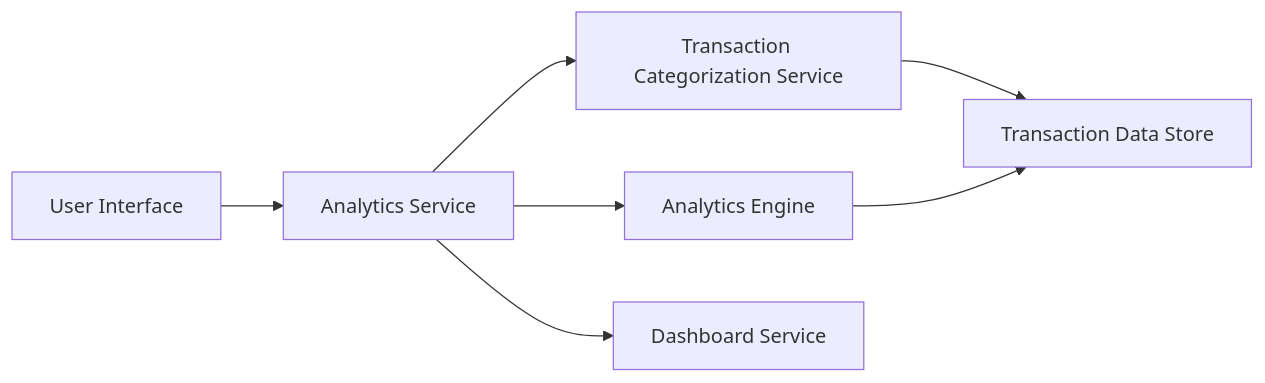
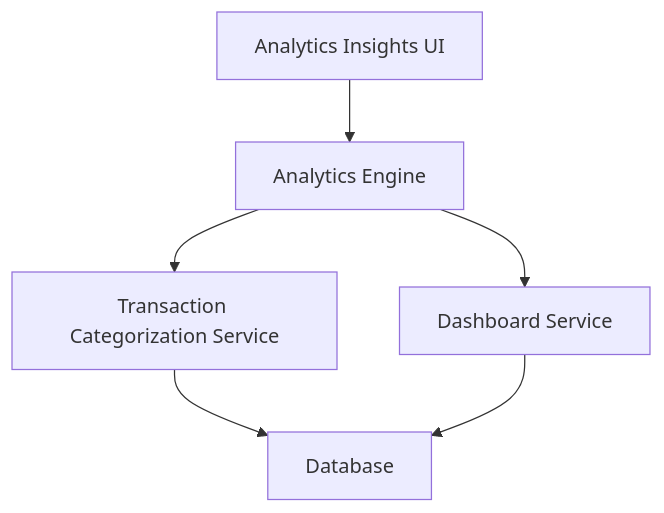
Before and after one commit to AAVA-Demo/APB_Demo: the diagram in HLD/QE-8580_HLD.md, drawn with Mermaid. The commit also changed other lines of this file and 5 other files, not shown here.

````diff
--- a/HLD/QE-8580_HLD.md
+++ b/HLD/QE-8580_HLD.md
@@ -7,15 +7,13 @@
 ```mermaid
-flowchart LR
-    A["User Interface"]
-    B["Analytics Service"]
+flowchart TD
+    A["Analytics Insights UI"]
+    B["Analytics Engine"]
     C["Transaction Categorization Service"]
-    D["Analytics Engine"]
-    E["Dashboard Service"]
-    F["Transaction Data Store"]
+    D["Dashboard Service"]
+    E["Database"]
     A --> B
     B --> C
     B --> D
-    B --> E
-    C --> F
-    D --> F
+    C --> E
+    D --> E
 ```
````
